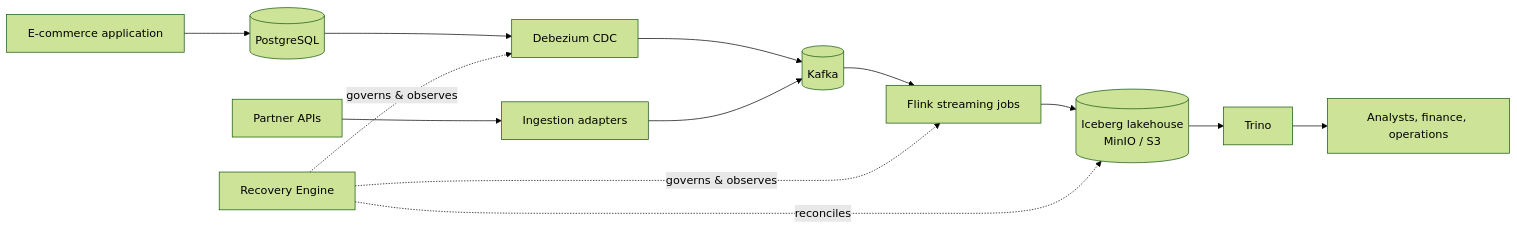
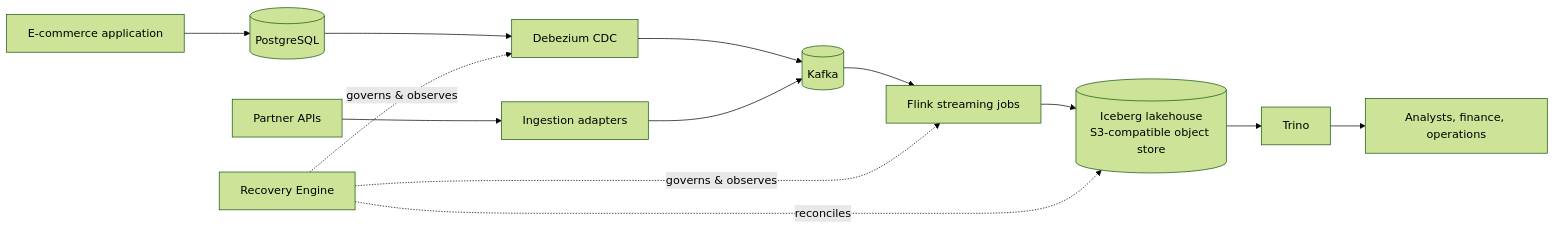
One commit to AndrewLhn/aether-data-platform changed the first of 2 diagrams in docs/architecture.md. Above: the diagram before and after it, drawn with Mermaid (forest theme). The commit also changed other lines of this file and 4 other files, not shown here.

````diff
--- a/docs/architecture.md
+++ b/docs/architecture.md
@@ -9,15 +9,15 @@
 ```mermaid
 flowchart LR
     APP[E-commerce application] --> PG[(PostgreSQL)]
     PARTNER[Partner APIs] --> API[Ingestion adapters]
     PG --> CDC[Debezium CDC]
     CDC --> K[(Kafka)]
     API --> K
     K --> STREAM[Flink streaming jobs]
-    STREAM --> LAKE[(Iceberg lakehouse<br/>MinIO / S3)]
+    STREAM --> LAKE[(Iceberg lakehouse<br/>S3-compatible object store)]
     LAKE --> QUERY[Trino]
     QUERY --> CONSUMERS[Analysts, finance, operations]
     CONTROL[Recovery Engine] -. governs & observes .-> CDC
     CONTROL -. governs & observes .-> STREAM
     CONTROL -. reconciles .-> LAKE
 ```
````
